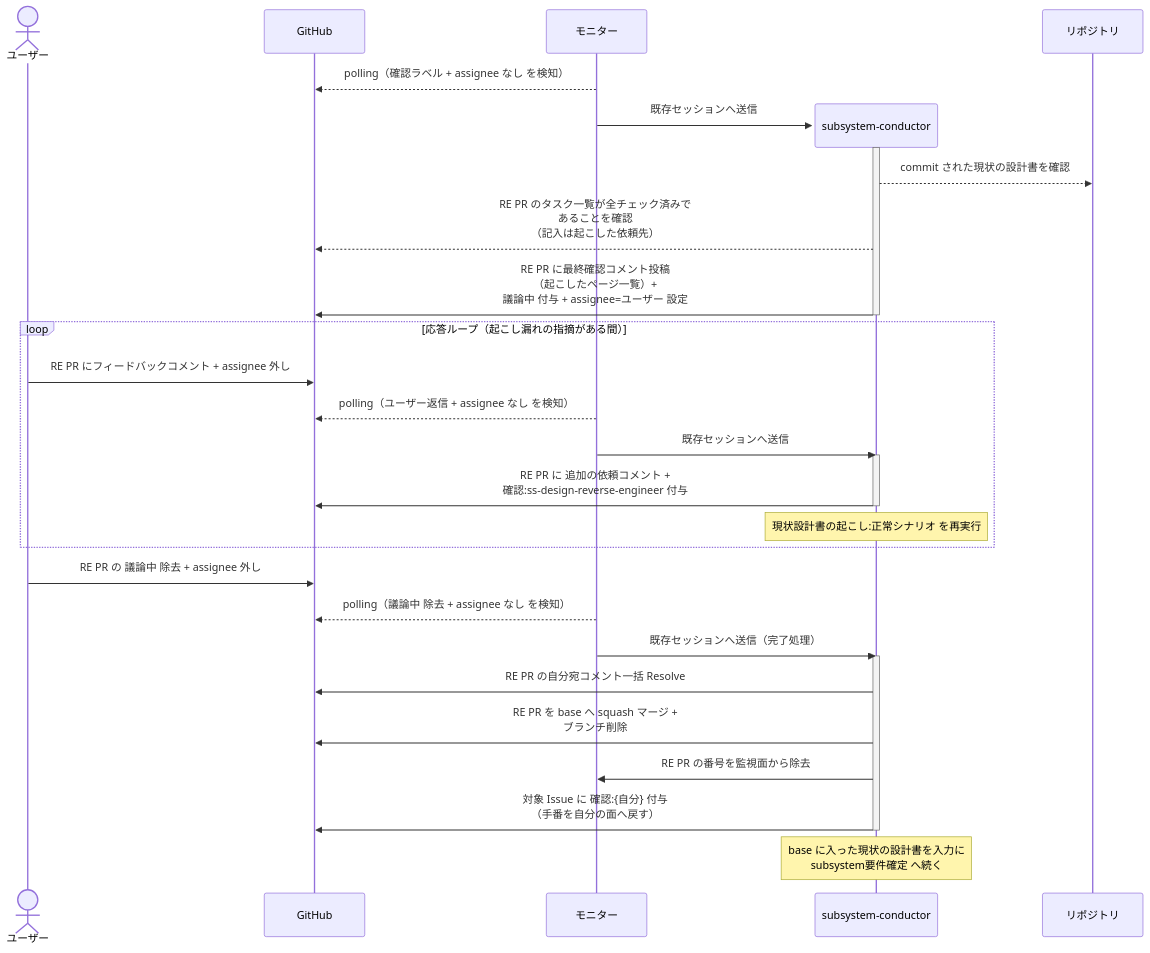
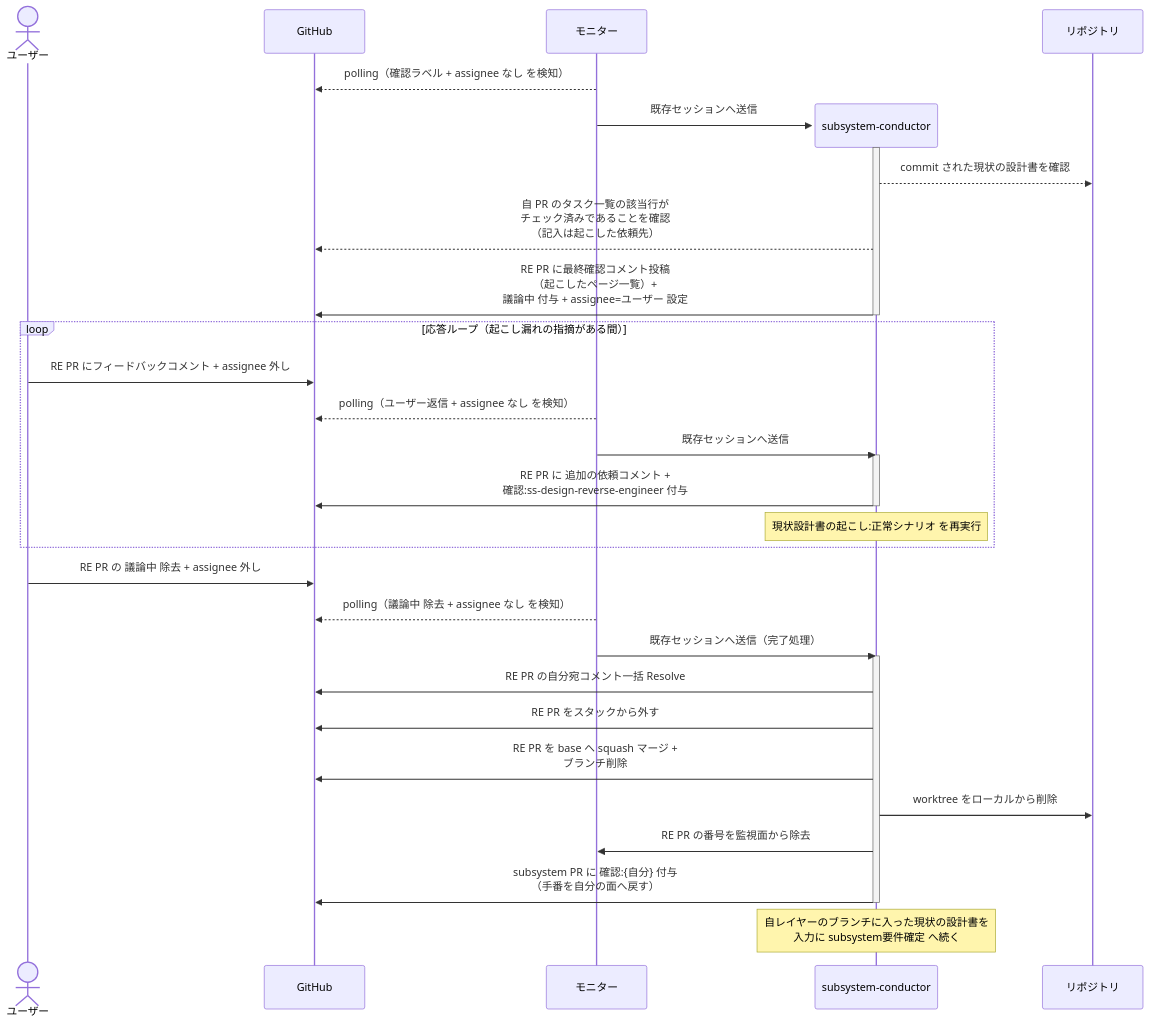
One commit to shuhei1101/ai-monitor changed the second of 3 diagrams in docs/wiki/設計図/シナリオ/単一ユースケース/リバースエンジニアリング起動.md. Above: the diagram before and after it, drawn with Mermaid. The commit also changed other lines of this file and 256 other files, not shown here.

````diff
--- a/docs/wiki/設計図/シナリオ/単一ユースケース/リバースエンジニアリング起動.md
+++ b/docs/wiki/設計図/シナリオ/単一ユースケース/リバースエンジニアリング起動.md
@@ -77,37 +77,39 @@
 ```mermaid
 sequenceDiagram
   actor U as ユーザー
   participant GH as GitHub
   participant ORC as モニター
 
   ORC-->>GH: polling（確認ラベル + assignee なし を検知）
   create participant MON as subsystem-conductor
   ORC->>MON: 既存セッションへ送信
   activate MON
   participant REPO as リポジトリ
   MON-->>REPO: commit された現状の設計書を確認
-  MON-->>GH: RE PR のタスク一覧が全チェック済みで<br>あることを確認<br>（記入は起こした依頼先）
+  MON-->>GH: 自 PR のタスク一覧の該当行が<br>チェック済みであることを確認<br>（記入は起こした依頼先）
   MON->>GH: RE PR に最終確認コメント投稿<br>（起こしたページ一覧）+<br>議論中 付与 + assignee=ユーザー 設定
   deactivate MON
 
   loop 応答ループ（起こし漏れの指摘がある間）
     U->>GH: RE PR にフィードバックコメント + assignee 外し
     ORC-->>GH: polling（ユーザー返信 + assignee なし を検知）
     ORC->>MON: 既存セッションへ送信
     activate MON
     MON->>GH: RE PR に 追加の依頼コメント +<br>確認:ss-design-reverse-engineer 付与
     deactivate MON
     Note over MON: 現状設計書の起こし:正常シナリオ を再実行
   end
 
   U->>GH: RE PR の 議論中 除去 + assignee 外し
   ORC-->>GH: polling（議論中 除去 + assignee なし を検知）
   ORC->>MON: 既存セッションへ送信（完了処理）
   activate MON
   MON->>GH: RE PR の自分宛コメント一括 Resolve
+  MON->>GH: RE PR をスタックから外す
   MON->>GH: RE PR を base へ squash マージ +<br>ブランチ削除
+  MON->>REPO: worktree をローカルから削除
   MON->>ORC: RE PR の番号を監視面から除去
-  MON->>GH: 対象 Issue に 確認:{自分} 付与<br>（手番を自分の面へ戻す）
+  MON->>GH: subsystem PR に 確認:{自分} 付与<br>（手番を自分の面へ戻す）
   deactivate MON
-  Note over MON: base に入った現状の設計書を入力に<br>subsystem要件確定 へ続く
+  Note over MON: 自レイヤーのブランチに入った現状の設計書を<br>入力に subsystem要件確定 へ続く
 ```
````
